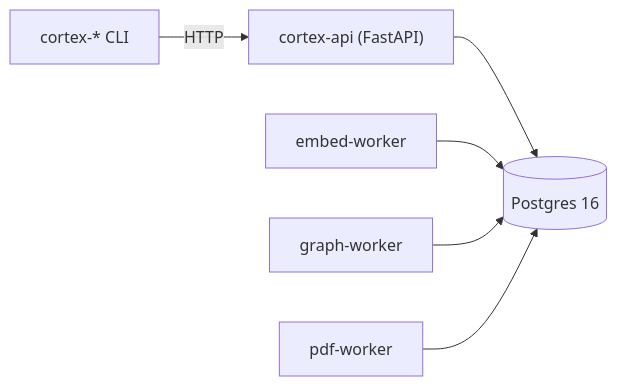
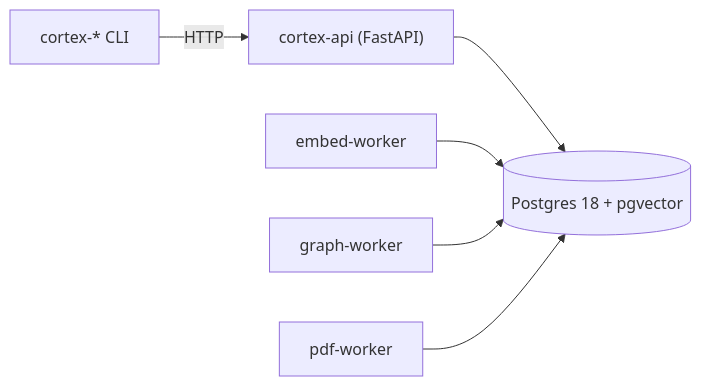
One commit to Kaidera-AI/cortex changed the diagram in README.md. Above: the diagram before and after it, drawn with Mermaid. The commit also changed other lines of this file and 7 other files, not shown here.

````diff
--- a/README.md
+++ b/README.md
@@ -58,8 +59,8 @@
 ```mermaid
 flowchart LR
     CLI["cortex-* CLI"] -->|HTTP| API["cortex-api (FastAPI)"]
-    API --> PG[("Postgres 16")]
+    API --> PG[("Postgres 18 + pgvector")]
     EW["embed-worker"] --> PG
     GW["graph-worker"] --> PG
     PW["pdf-worker"] --> PG
 ```
````
